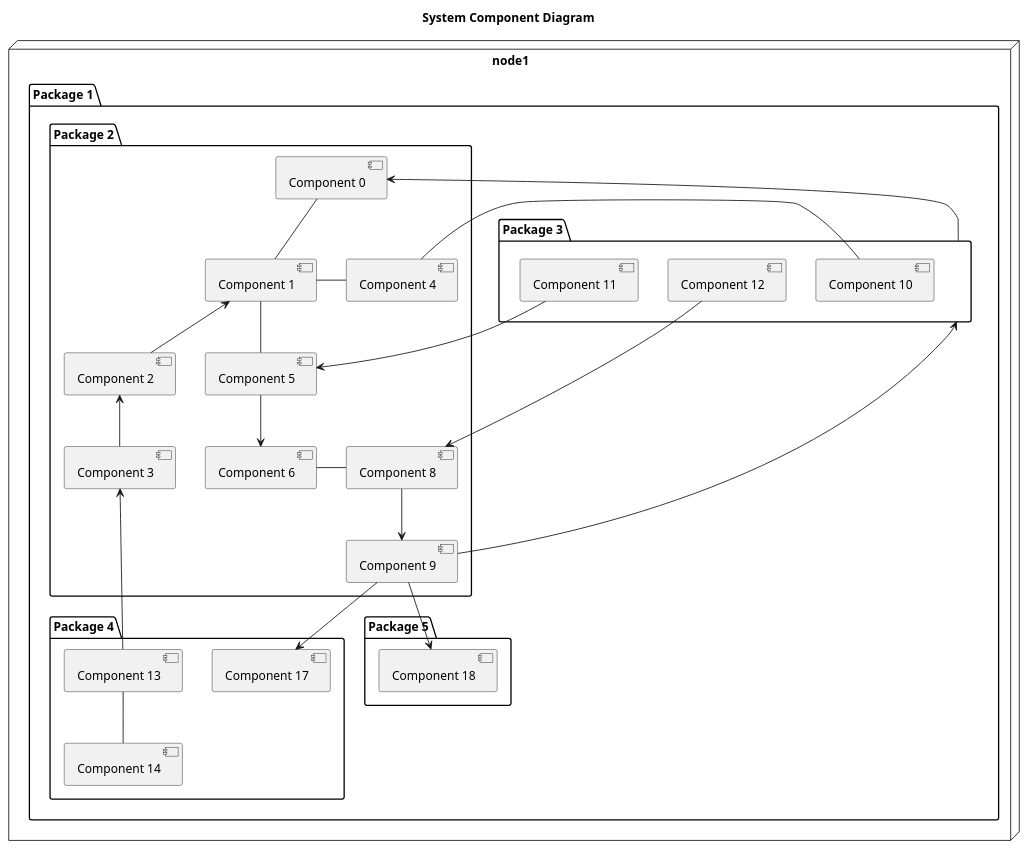
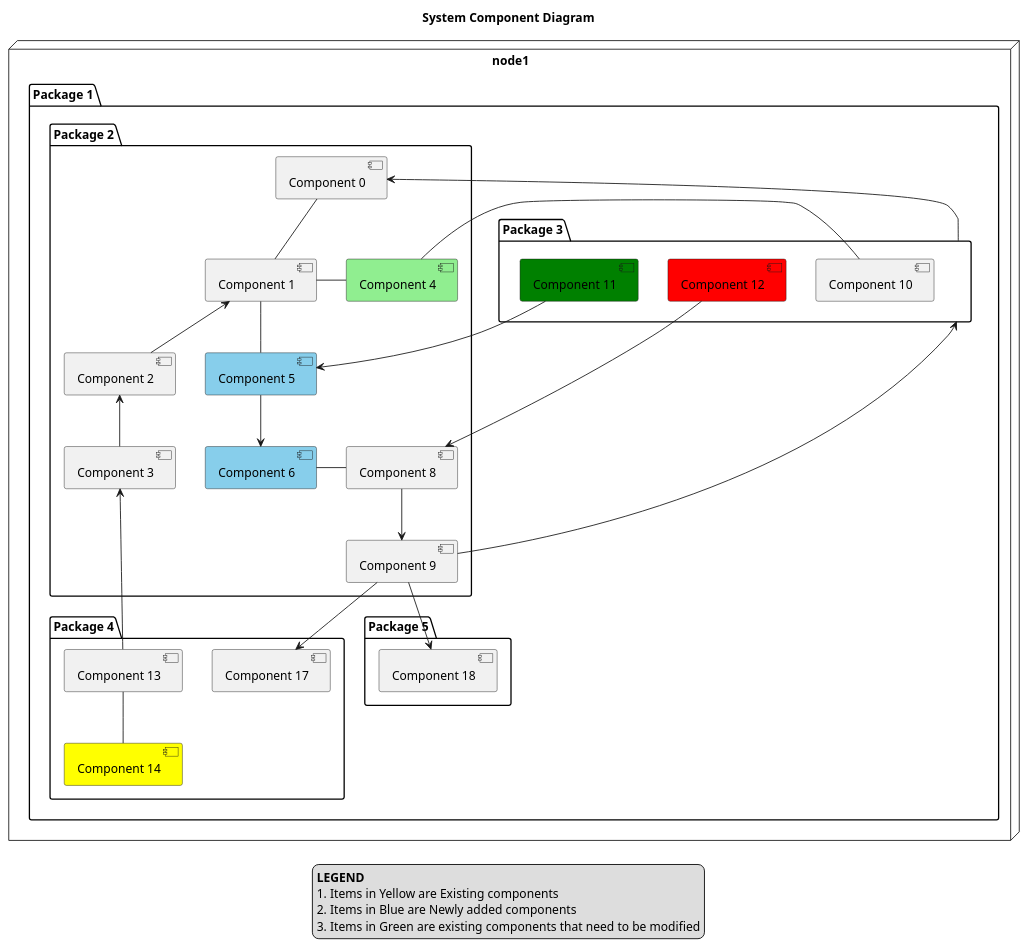
The diagram in uml/uml_component_diagram.pu (vdnambiar/dotfiles), drawn with PlantUML before and after one commit.

Commit message:
Added colors and legend to the component diagram template

```diff
--- a/uml/uml_component_diagram.pu
+++ b/uml/uml_component_diagram.pu
@@ -1,65 +1,72 @@
 @startuml
 
 'scale 1.0
 'scale 500 width
 'scale 1000 height
 
 title **System Component Diagram**
 
 'Declare components needed
 node node1 {
     package "Package 1" as pkg1 {
         package "Package 2" as pkg2 {
             [Component 0] as comp0
             [Component 1] as comp1
             [Component 2] as comp2
             [Component 3] as comp3 
-            [Component 4] as comp4
-            [Component 5] as comp5
-            [Component 6] as comp6
+            [Component 4] as comp4 #LightGreen
+            [Component 5] as comp5 #SkyBlue
+            [Component 6] as comp6 #SkyBlue
             [Component 8] as comp8
             [Component 9] as comp9
         }
 
         package "Package 3" as pkg3 {
             [Component 10] as comp_10
-            [Component 11] as comp_11
-            [Component 12] as comp_12
+            [Component 11] as comp_11 #Green
+            [Component 12] as comp_12 #Red
         }
 
         package "Package 4" as pkg4 {
             [Component 13] as comp_13
-            [Component 14] as comp_14
+            [Component 14] as comp_14 #Yellow
             [Component 17] as comp_17
         }
 
         package "Package 5" as pkg5 {
             [Component 18] as comp_18
         }
     }
 }
 
 'Create associations between the components
 comp0 -- comp1
 comp0 <-- pkg3
 pkg3 <-- comp9
 comp1 <-- comp2
 comp2 <-- comp3
 comp3 <-- comp_13
 comp_13 -- comp_14
 
 comp1 - comp4
 comp1 -- comp5
 comp5 --> comp6
 comp6 -r- comp8 
 comp8 --> comp9
 
 comp9 --> comp_17
 comp9 --> comp_18
 
 comp_11 --> comp5
 comp_12 --> comp8
 
 comp_10 -- comp4
 
+legend
+**LEGEND**
+# Items in Yellow are Existing components
+# Items in Blue are Newly added components
+# Items in Green are existing components that need to be modified
+end legend
+
 @enduml
```
